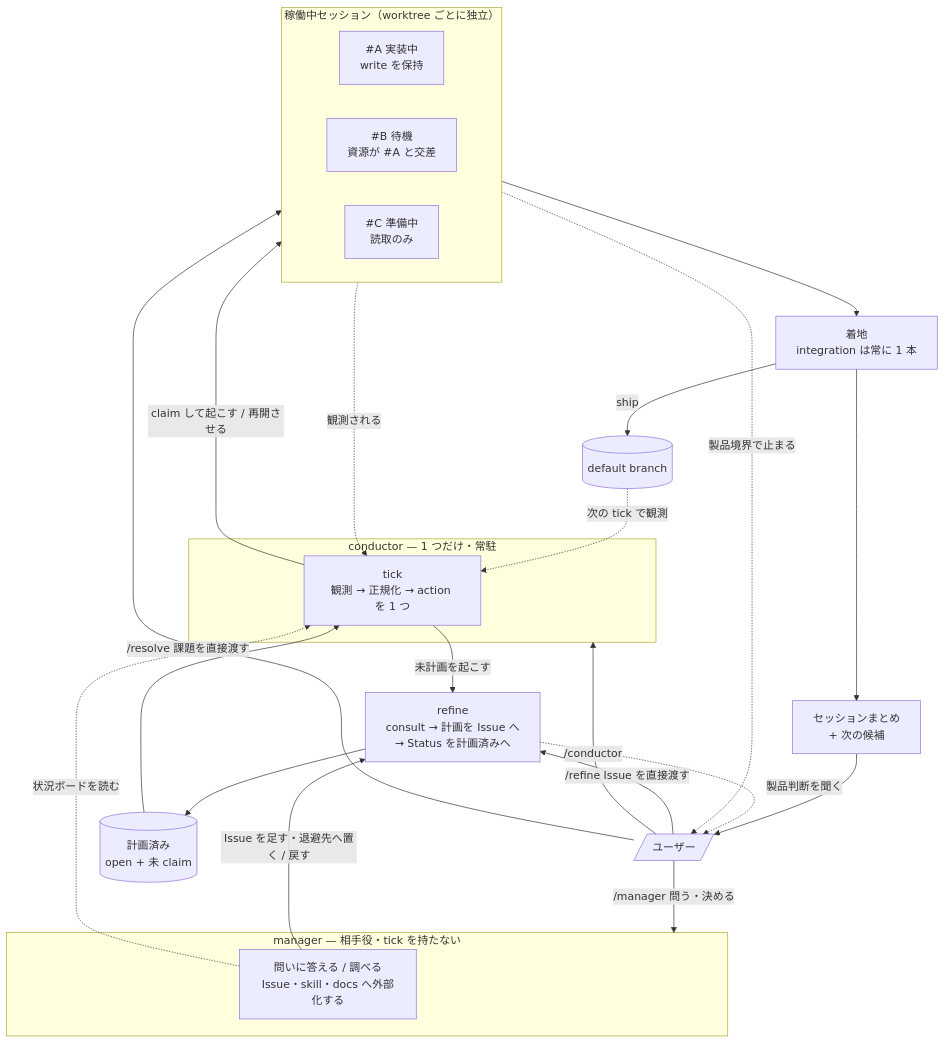
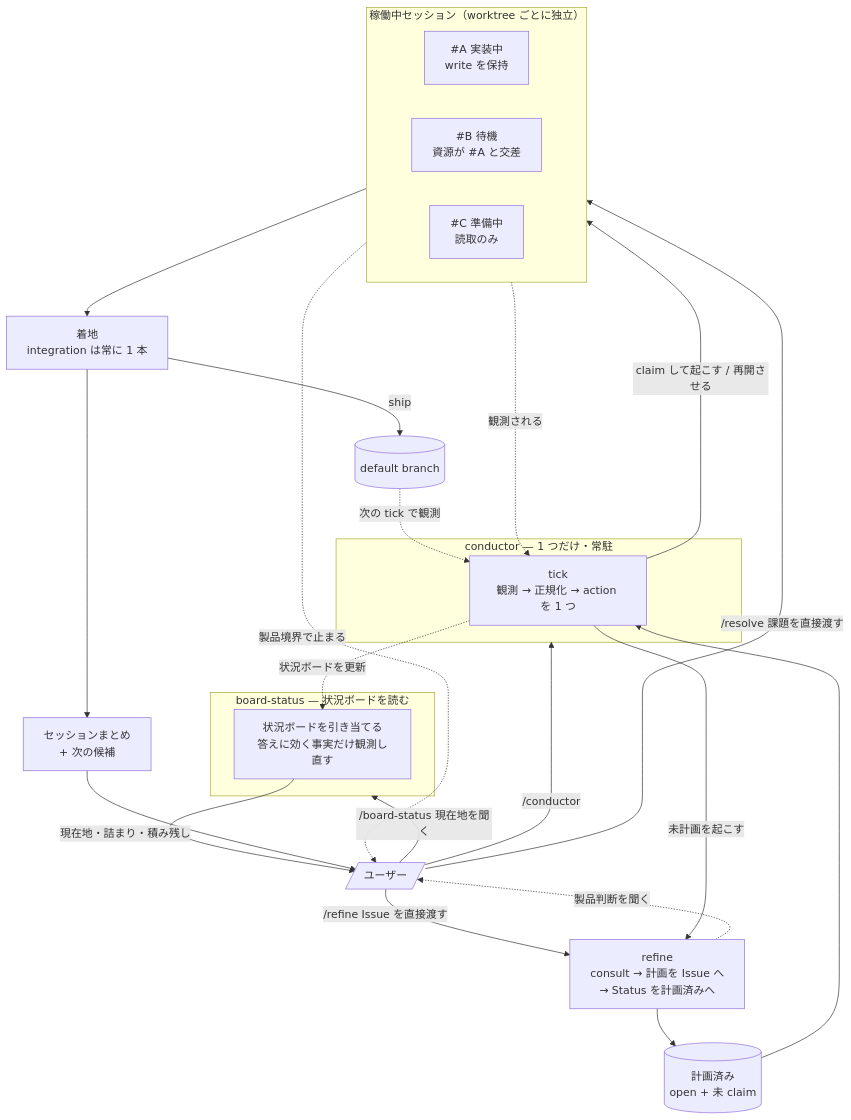
Before and after one commit to usagizmo/agentfiles: the diagram in agents/docs/README.md, drawn with Mermaid. The commit also changed other lines of this file and 6 other files, not shown here.

````diff
--- a/agents/docs/README.md
+++ b/agents/docs/README.md
@@ -27,38 +27,38 @@
 ```mermaid
 flowchart TB
-    U[/ユーザー/] -->|/manager 問う・決める| MG
+    U[/ユーザー/] -->|/board-status 現在地を聞く| BS
     U -->|/conductor| AP
     U -->|/resolve 課題を直接渡す| RUN
     U -->|/refine Issue を直接渡す| G
 
-    subgraph MG["manager — 相手役・tick を持たない"]
-        ASK["問いに答える / 調べる<br/>Issue・skill・docs へ外部化する"]
+    subgraph BS["board-status — 状況ボードを読む"]
+        READ["状況ボードを引き当てる<br/>答えに効く事実だけ観測し直す"]
     end
 
     subgraph AP["conductor — 1 つだけ・常駐"]
         TICK["tick<br/>観測 → 正規化 → action を 1 つ"]
     end
 
-    ASK -->|Issue を足す・退避先へ置く / 戻す| G
-    ASK -.状況ボードを読む.-> TICK
+    TICK -.状況ボードを更新.-> READ
+    READ -->|現在地・詰まり・積み残し| U
 
     TICK -->|未計画を起こす| G["refine<br/>consult → 計画を Issue へ<br/>→ Status を計画済みへ"]
     G --> Q[("計画済み<br/>open + 未 claim")]
     Q --> TICK
 
     subgraph RUN["稼働中セッション（worktree ごとに独立）"]
         direction LR
         SA["#A 実装中<br/>write を保持"]
         SB["#B 待機<br/>資源が #A と交差"]
         SC["#C 準備中<br/>読取のみ"]
     end
 
     TICK -->|claim して起こす / 再開させる| RUN
     RUN -.観測される.-> TICK
     SA --> LAND["着地<br/>integration は常に 1 本"]
     LAND -->|ship| MAIN[(default branch)]
     MAIN -.次の tick で観測.-> TICK
     LAND --> RP[セッションまとめ<br/>+ 次の候補] --> U
     G -.製品判断を聞く.-> U
     RUN -.製品境界で止まる.-> U
 ```
````
